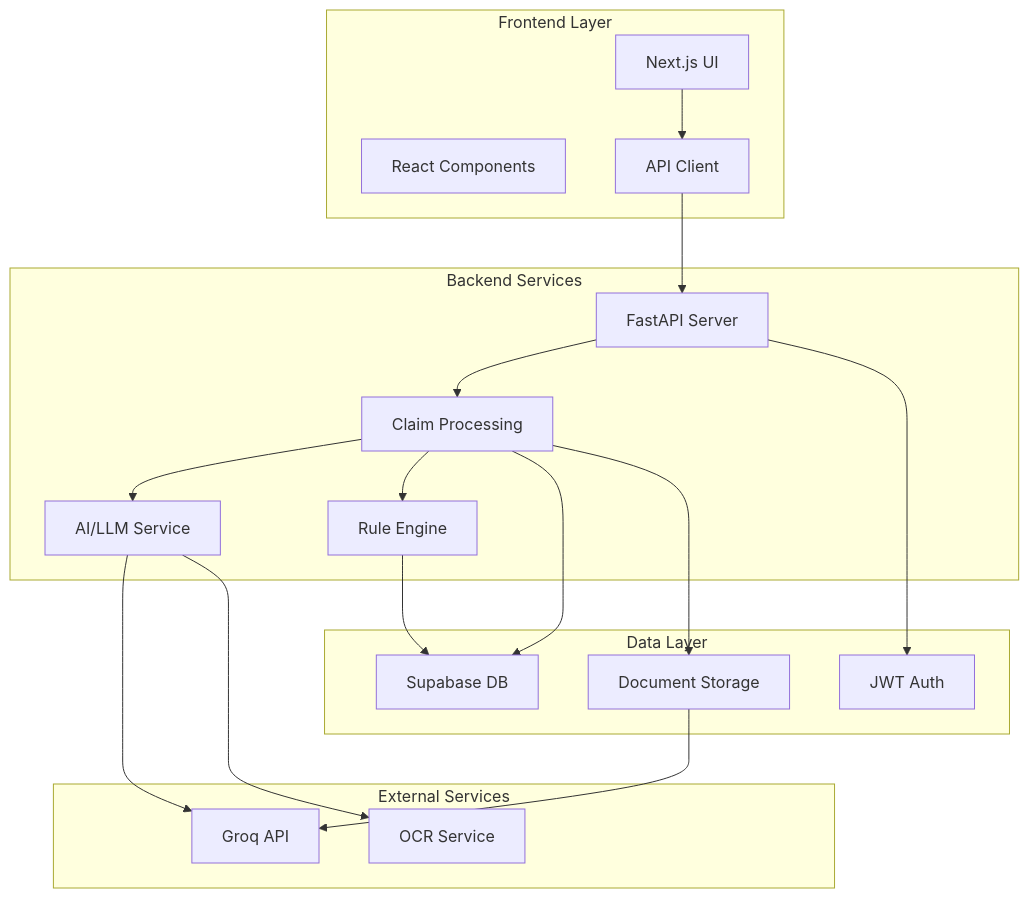
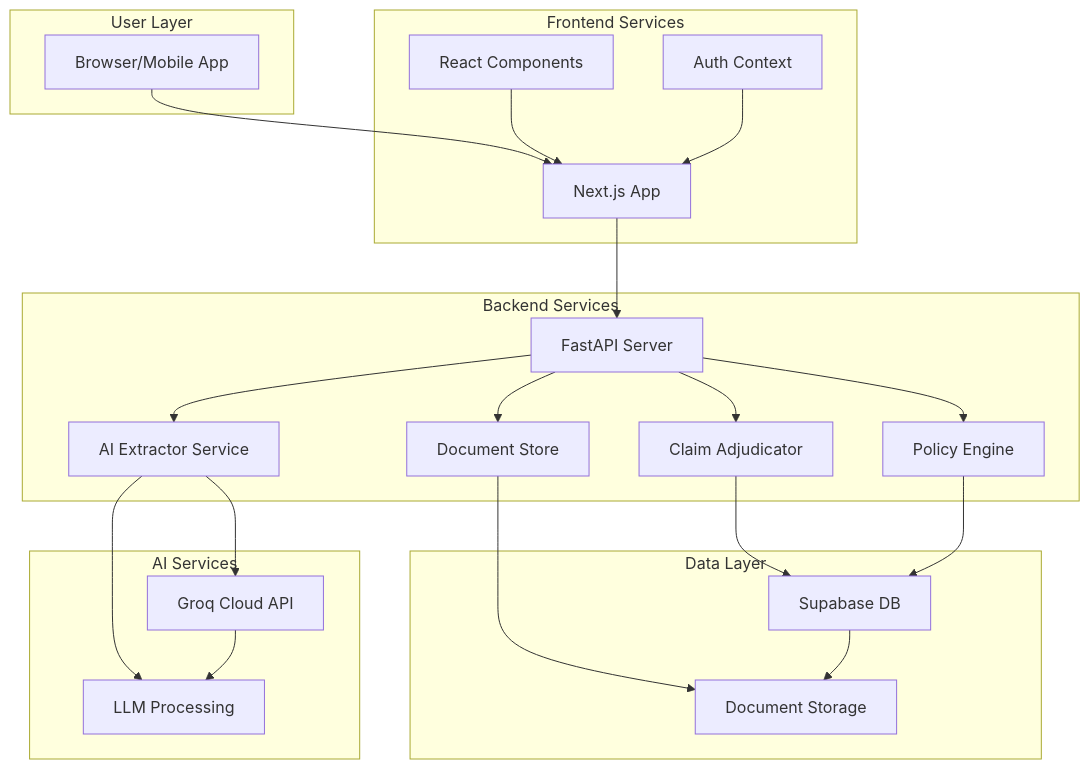
One commit to NARAsimha654/claim-adjudicator-ai changed the second of 5 diagrams in README.md. Above: the diagram before and after it, drawn with Mermaid. The commit also changed other lines of this file, not shown here.

Commit message:
Update README.md with project-specific details and Mermaid.js diagrams

````diff
--- a/README.md
+++ b/README.md
@@ -88,39 +68,46 @@
 ```mermaid
 graph TB
-    subgraph "Frontend Layer"
-        A[Next.js UI]
-        B[React Components]
-        C[API Client]
+    subgraph "User Layer"
+        A[Browser/Mobile App]
+    end
+    
+    subgraph "Frontend Services"
+        B[Next.js App]
+        C[React Components]
+        D[Auth Context]
+    end
+    
+    subgraph "Backend Services"
+        E[FastAPI Server]
+        F[Claim Adjudicator]
+        G[AI Extractor Service]
+        H[Policy Engine]
+        I[Document Store]
+    end
+    
+    subgraph "Data Layer"
+        J[Supabase DB]
+        K[Document Storage]
+    end
+    
+    subgraph "AI Services"
+        L[Groq Cloud API]
+        M[LLM Processing]
     end
 
-    subgraph "Backend Services"
-        D[FastAPI Server]
-        E[Claim Processing]
-        F[AI/LLM Service]
-        G[Rule Engine]
-    end
-
-    subgraph "Data Layer"
-        H[Supabase DB]
-        I[Document Storage]
-        J[JWT Auth]
-    end
-
-    subgraph "External Services"
-        K[Groq API]
-        L[OCR Service]
-    end
-
-    A --> C
-    C --> D
-    D --> E
+    A --> B
+    B --> E
+    C --> B
+    D --> B
     E --> F
     E --> G
     E --> H
     E --> I
-    D --> J
-    F --> K
-    F --> L
-    G --> H
+    F --> J
+    G --> L
+    G --> M
+    H --> J
     I --> K
+    L --> M
+    J --> K
 ```
````
